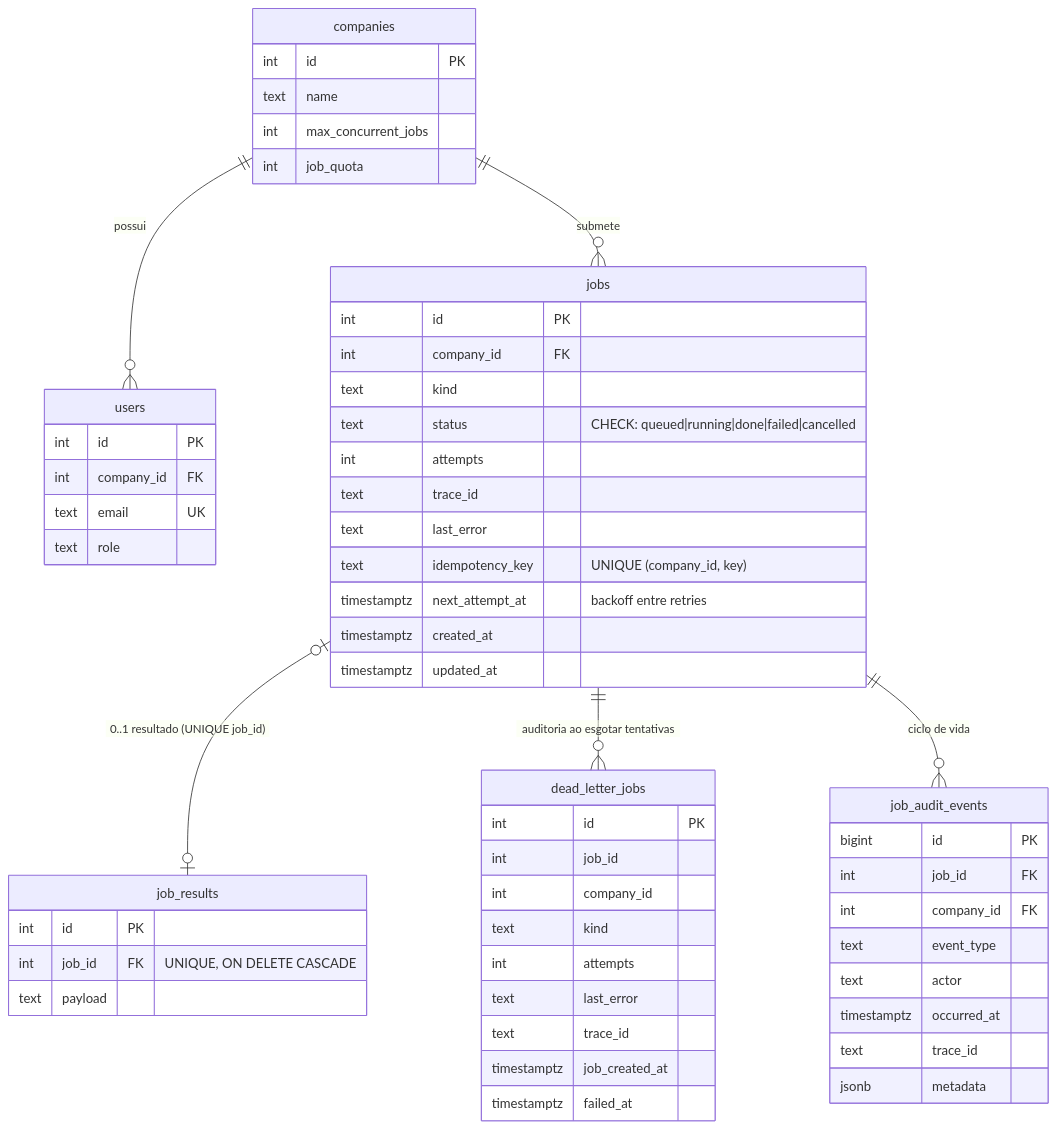
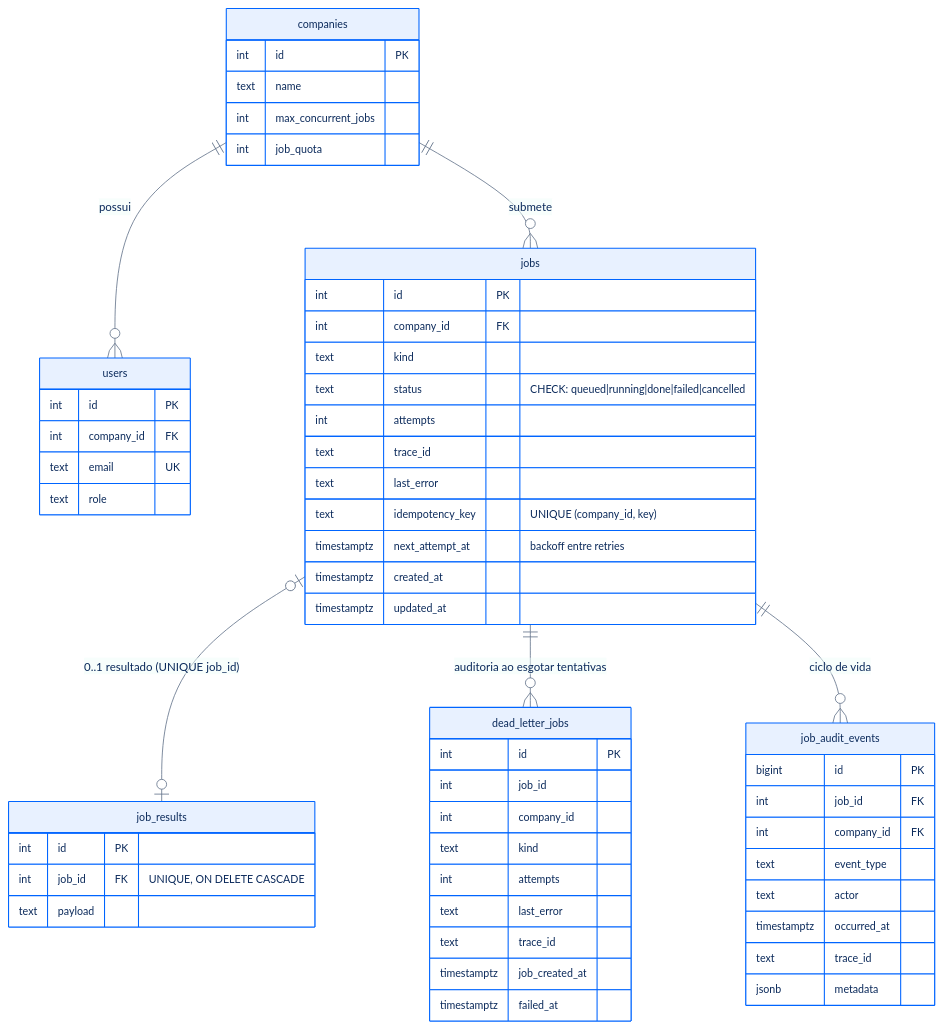
Before and after one commit to vinnedev/case-fullstack-senior: the fourth of 4 diagrams in docs/README.md, drawn with Mermaid. The commit also changed other lines of this file and 6 other files, not shown here.

````diff
--- a/docs/README.md
+++ b/docs/README.md
@@ -104,60 +143,64 @@
 ```mermaid
+%%{init: {'theme': 'base', 'themeVariables': {
+    'primaryColor': '#E8F1FF', 'primaryBorderColor': '#0065FF',
+    'primaryTextColor': '#0B2A5B', 'lineColor': '#64748B',
+    'tertiaryColor': '#F0FDFA', 'fontSize': '13px'}}}%%
 erDiagram
     companies ||--o{ users : possui
     companies ||--o{ jobs : submete
     jobs |o--o| job_results : "0..1 resultado (UNIQUE job_id)"
     jobs ||--o{ dead_letter_jobs : "auditoria ao esgotar tentativas"
     jobs ||--o{ job_audit_events : "ciclo de vida"
 
     companies {
         int id PK
         text name
         int max_concurrent_jobs
         int job_quota
     }
     users {
         int id PK
         int company_id FK
         text email UK
         text role
     }
     jobs {
         int id PK
         int company_id FK
         text kind
         text status "CHECK: queued|running|done|failed|cancelled"
         int attempts
         text trace_id
         text last_error
         text idempotency_key "UNIQUE (company_id, key)"
         timestamptz next_attempt_at "backoff entre retries"
         timestamptz created_at
         timestamptz updated_at
     }
     job_results {
         int id PK
         int job_id FK "UNIQUE, ON DELETE CASCADE"
         text payload
     }
     dead_letter_jobs {
         int id PK
         int job_id
         int company_id
         text kind
         int attempts
         text last_error
         text trace_id
         timestamptz job_created_at
         timestamptz failed_at
     }
     job_audit_events {
         bigint id PK
         int job_id FK
         int company_id FK
         text event_type
         text actor
         timestamptz occurred_at
         text trace_id
         jsonb metadata
     }
 ```
````
